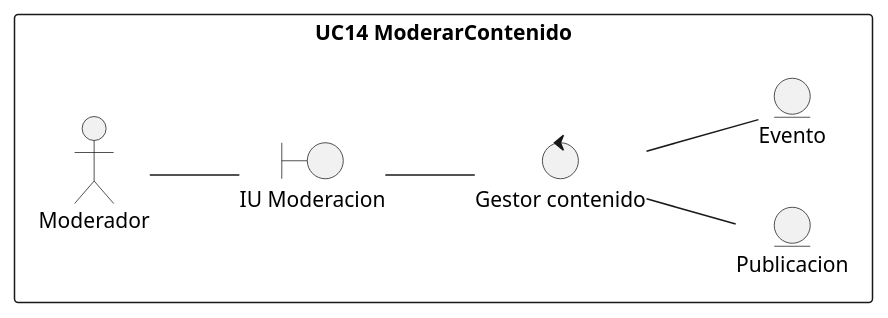
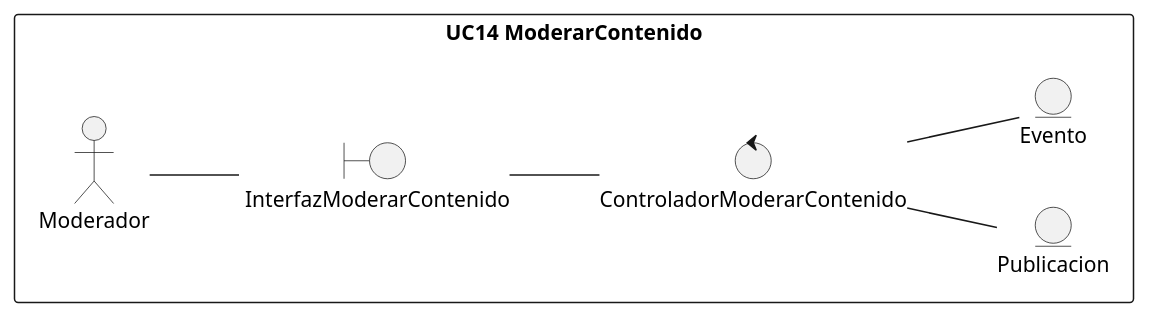
One commit to RolandoU548/Plataforma-Digital-IS changed the diagram in docs/scenariosView/diagramas-de-analisis/DA14.plantuml. Above: the diagram before and after it, drawn with PlantUML. The commit also changed 15 other files, not shown here.

Commit message:
diagrama de clases de analisis

```diff
--- a/docs/scenariosView/diagramas-de-analisis/DA14.plantuml
+++ b/docs/scenariosView/diagramas-de-analisis/DA14.plantuml
@@ -1,30 +1,30 @@
-@startuml r11
+@startuml DA14
 /'
     Crear el diagrama de clases de análisis y de colaboración de los casos de uso prioritarios del proyecto.
 
     Para conseguir el diagrama de clases seguir los siguientes pasos:
 
     1. Identificar las clases Entidad (Modelo)
     2. Identificar las clases Interfaz (Vista)
     3. Identificar las clases Control (Controlador)
     4. Identificar las relaciones entre estas clases
     
     Este diagrama debe ser específico de un caso de uso y las clases deben ser representadas con sus estereotipos.
     
     Para conseguir el diagrama de colaboración, identifique las relaciones (enlaces) entre los objetos y los requerimientos (mensajes) sobre cada objeto involucrado en la descripción del caso de uso.
 '/
 left to right direction
 
 rectangle "UC14 ModerarContenido"{
     actor Moderador 
     entity Publicacion as e1
     entity Evento as e2
-    boundary "IU Moderacion" as i1
-    control "Gestor contenido" as c1
+    boundary " InterfazModerarContenido" as i1
+    control "ControladorModerarContenido" as c1
 }
 Moderador -- i1
 i1 -- c1
 c1 -- e1
 c1 -- e2
 
 @enduml
```
